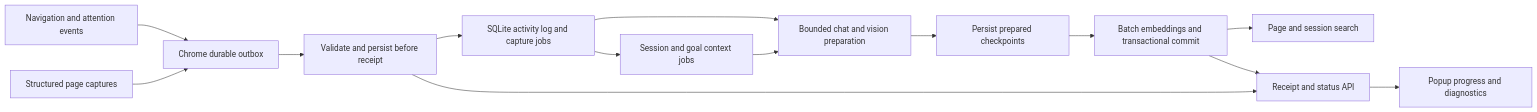
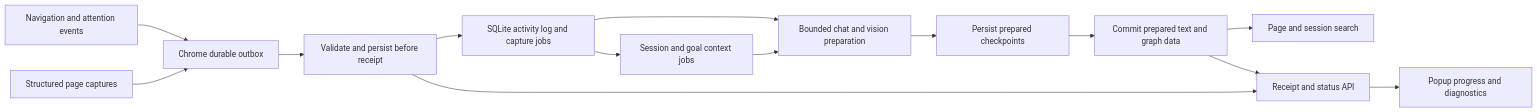
One commit to zeiteigen/shale changed the diagram in docs/plans/browser-connector-implementation-plan.md. Above: the diagram before and after it, drawn with Mermaid. The commit also changed other lines of this file and 199 other files, not shown here.

Commit message:
no more embeddings + move user files to /data

````diff
--- a/docs/plans/browser-connector-implementation-plan.md
+++ b/docs/plans/browser-connector-implementation-plan.md
@@ -120,16 +120,16 @@
 ```mermaid
 flowchart LR
   A[Navigation and attention events] --> B[Chrome durable outbox]
   C[Structured page captures] --> B
   B --> D[Validate and persist before receipt]
   D --> E[SQLite activity log and capture jobs]
   E --> F[Bounded chat and vision preparation]
   F --> G[Persist prepared checkpoints]
-  G --> H[Batch embeddings and transactional commit]
+  G --> H[Commit prepared text and graph data]
   H --> I[Page and session search]
   E --> J[Session and goal context jobs]
   J --> F
   D --> K[Receipt and status API]
   H --> K
   K --> L[Popup progress and diagnostics]
 ```
````
